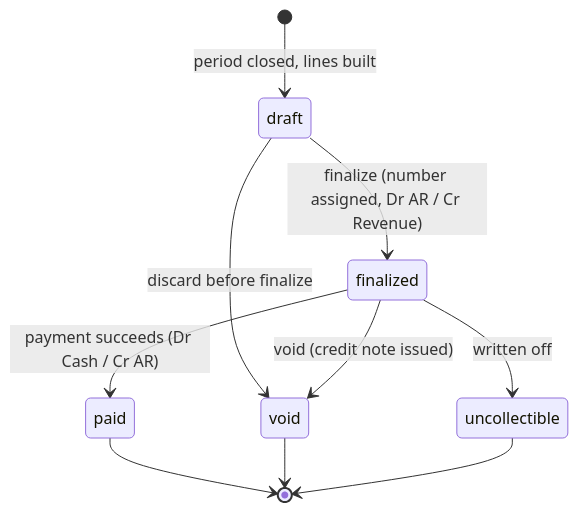
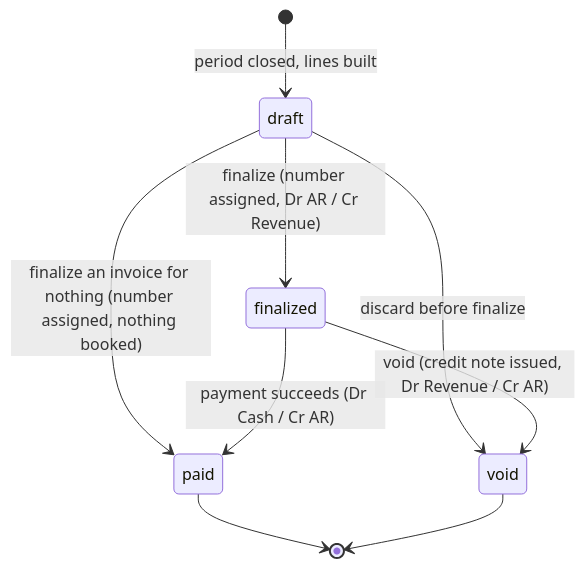
One commit to yarosavromachenko/Metered changed the first of 4 diagrams in docs/domain.md. Above: the diagram before and after it, drawn with Mermaid. The commit also changed other lines of this file and 12 other files, not shown here.

````diff
--- a/docs/domain.md
+++ b/docs/domain.md
@@ -102,12 +105,11 @@
 ```mermaid
 stateDiagram-v2
     [*] --> draft: period closed, lines built
     draft --> finalized: finalize (number assigned, Dr AR / Cr Revenue)
+    draft --> paid: finalize an invoice for nothing (number assigned, nothing booked)
     draft --> void: discard before finalize
     finalized --> paid: payment succeeds (Dr Cash / Cr AR)
-    finalized --> void: void (credit note issued)
-    finalized --> uncollectible: written off
+    finalized --> void: void (credit note issued, Dr Revenue / Cr AR)
     paid --> [*]
     void --> [*]
-    uncollectible --> [*]
 ```
````
